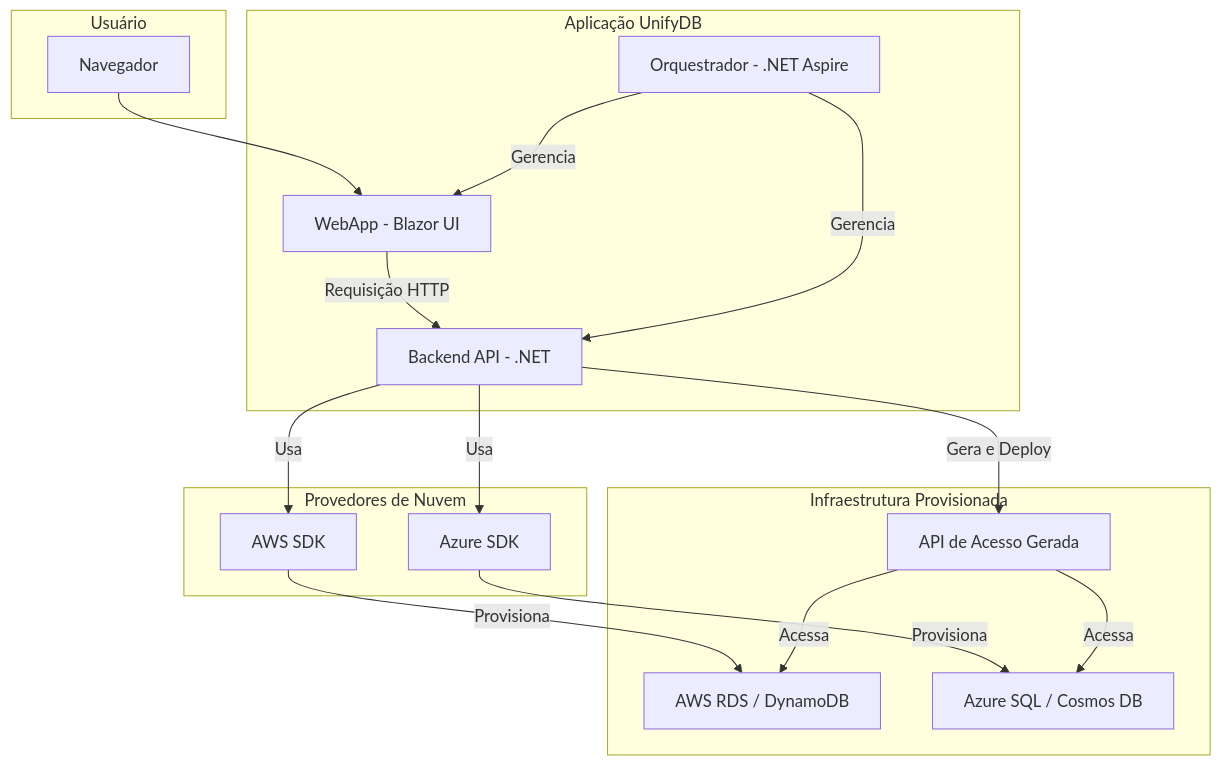
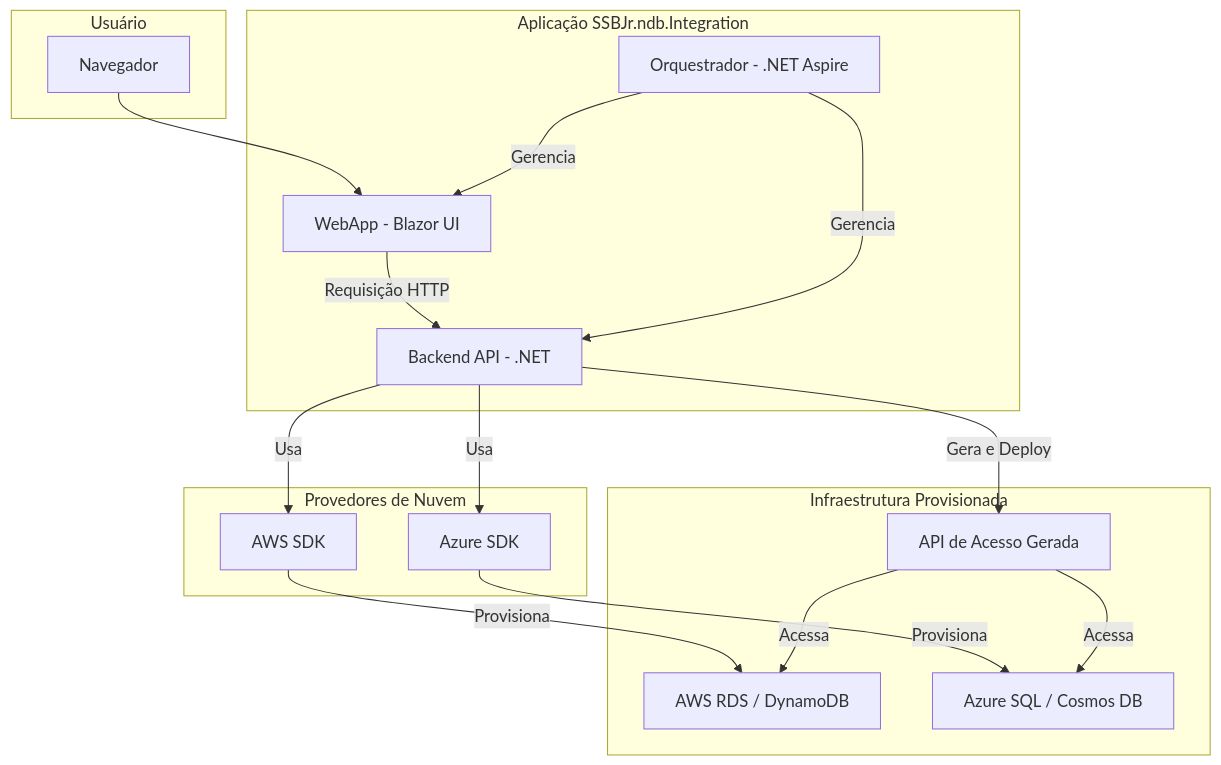
Before and after one commit to SamuelSBJr97/SSBJr.ndb.integration: the diagram in README.md, drawn with Mermaid. The commit also changed other lines of this file and 4 other files, not shown here.

````diff
--- a/README.md
+++ b/README.md
@@ -66,35 +66,35 @@
 ```mermaid
 graph TD
     subgraph "Usuário"
         A[Navegador]
     end
 
-    subgraph "Aplicação UnifyDB"
+    subgraph "Aplicação SSBJr.ndb.Integration"
         B[WebApp - Blazor UI]
         C[Backend API - .NET]
         D[Orquestrador - .NET Aspire]
     end
 
     subgraph "Provedores de Nuvem"
         E[AWS SDK]
         F[Azure SDK]
     end
 
     subgraph "Infraestrutura Provisionada"
         G[AWS RDS / DynamoDB]
         H[Azure SQL / Cosmos DB]
         I[API de Acesso Gerada]
     end
 
     A --> B
     B -- Requisição HTTP --> C
     C -- Usa --> E
     C -- Usa --> F
     E -- Provisiona --> G
     F -- Provisiona --> H
     C -- Gera e Deploy --> I
     I -- Acessa --> G
     I -- Acessa --> H
     D -- Gerencia --> B
     D -- Gerencia --> C
 ```
````
